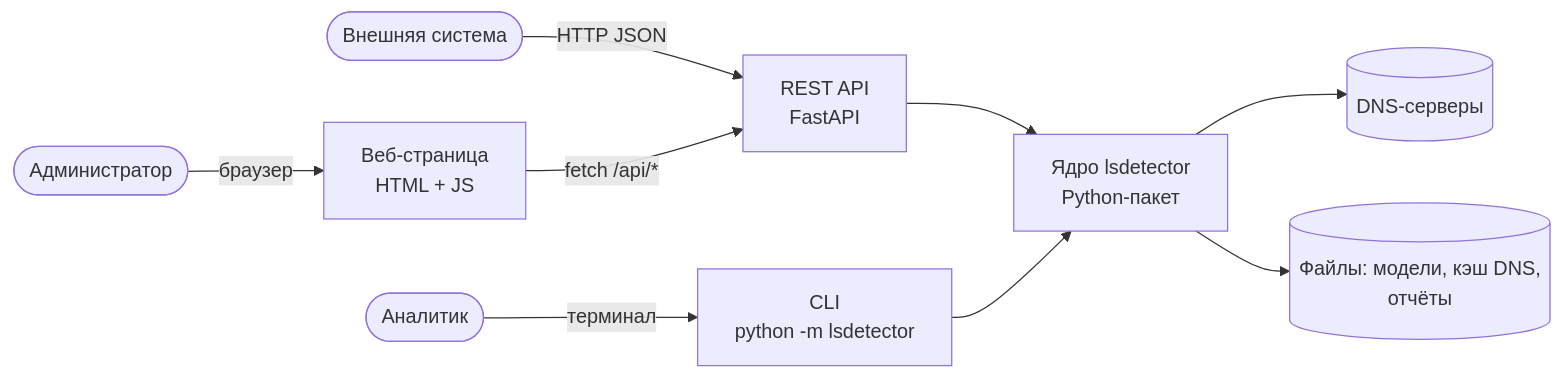
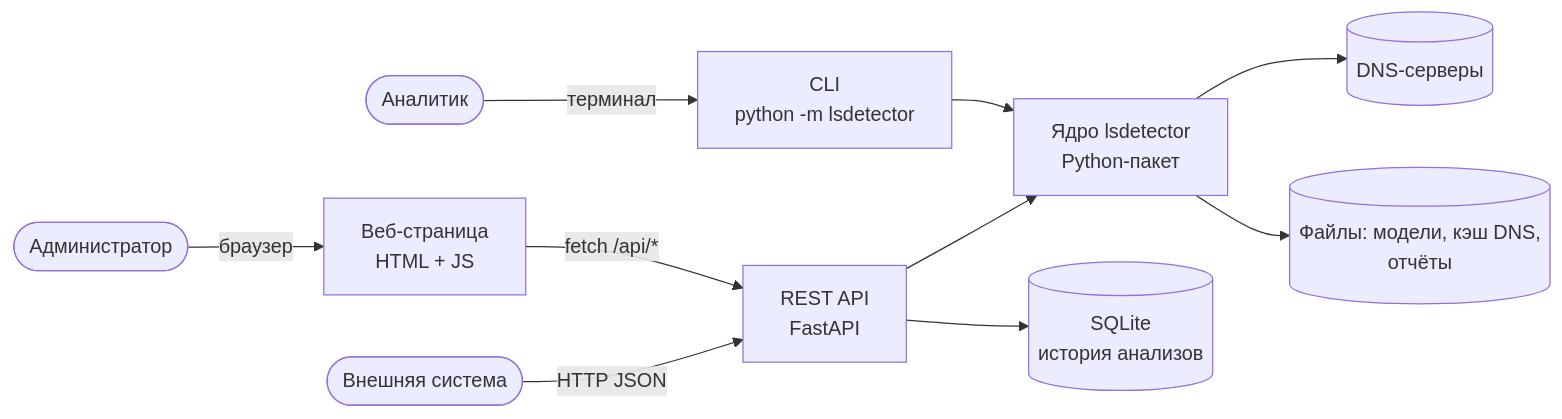
Before and after one commit to Gregory7635/low-and-slow-detector: the second of 5 diagrams in docs/02_architecture.md, drawn with Mermaid. The commit also changed other lines of this file, not shown here.

Commit message:
Проектирование: контекст C1, БД SQLite, сравнение технологий, ссылки на UML

````diff
--- a/docs/02_architecture.md
+++ b/docs/02_architecture.md
@@ -7,11 +30,12 @@
 ```mermaid
 flowchart LR
     admin([Администратор]) -->|браузер| web[Веб-страница<br/>HTML + JS]
     ext([Внешняя система]) -->|HTTP JSON| api
     web -->|fetch /api/*| api[REST API<br/>FastAPI]
     analyst([Аналитик]) -->|терминал| cli[CLI<br/>python -m lsdetector]
     api --> core[Ядро lsdetector<br/>Python-пакет]
+    api --> db[(SQLite<br/>история анализов)]
     cli --> core
     core --> dns[(DNS-серверы)]
     core --> fs[(Файлы: модели, кэш DNS,<br/>отчёты)]
 ```
````
